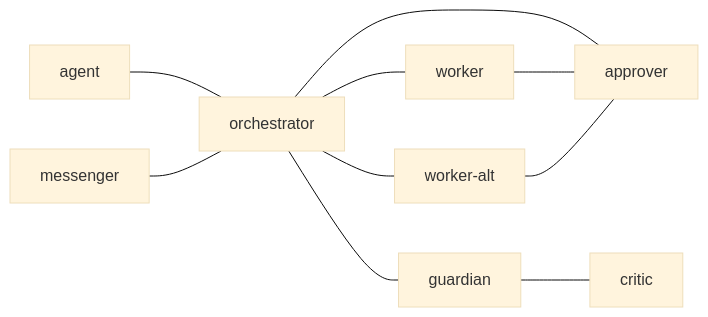
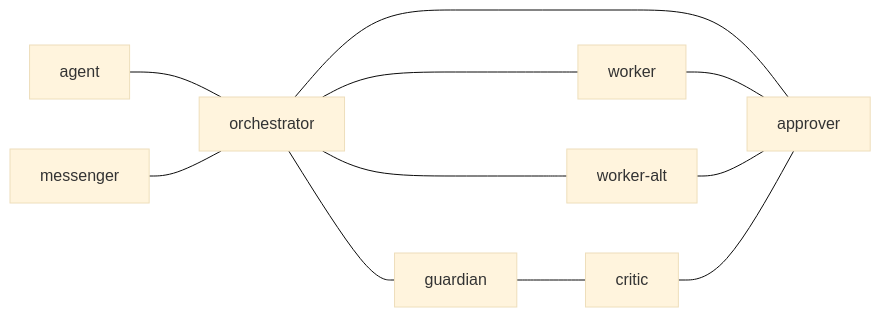
The diagram in config/postman.md (i9wa4/tmux-a2a-postman), drawn with Mermaid (base theme) before and after one commit. The commit also changed 1 other file, not shown here.

Commit message:
fix(defaults): connect Critic to command approver (#1021)

````diff
--- a/config/postman.md
+++ b/config/postman.md
@@ -61,14 +61,15 @@
 ```mermaid
 graph LR
     agent --- orchestrator
     messenger --- orchestrator
     orchestrator --- worker
     orchestrator --- worker-alt
     orchestrator --- guardian
     orchestrator --- approver
     worker --- approver
     worker-alt --- approver
     guardian --- critic
+    critic --- approver
     class messenger interface_node
     class approver command_approver_node
 ```
````
